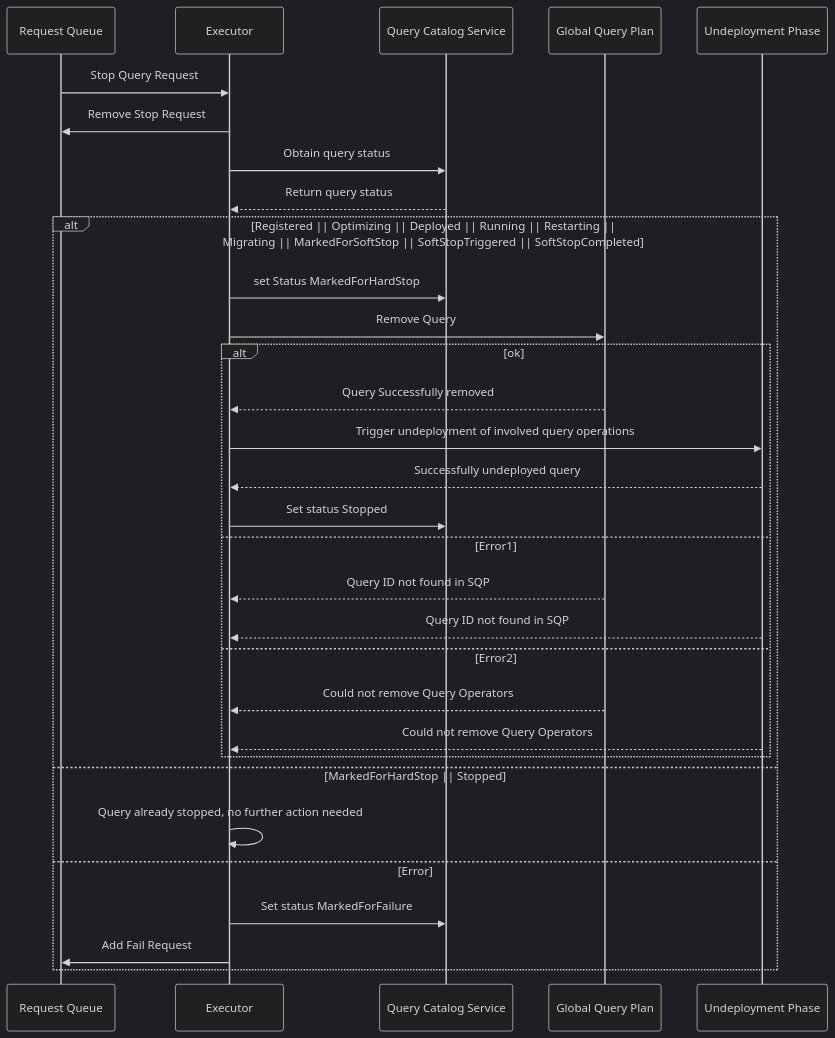
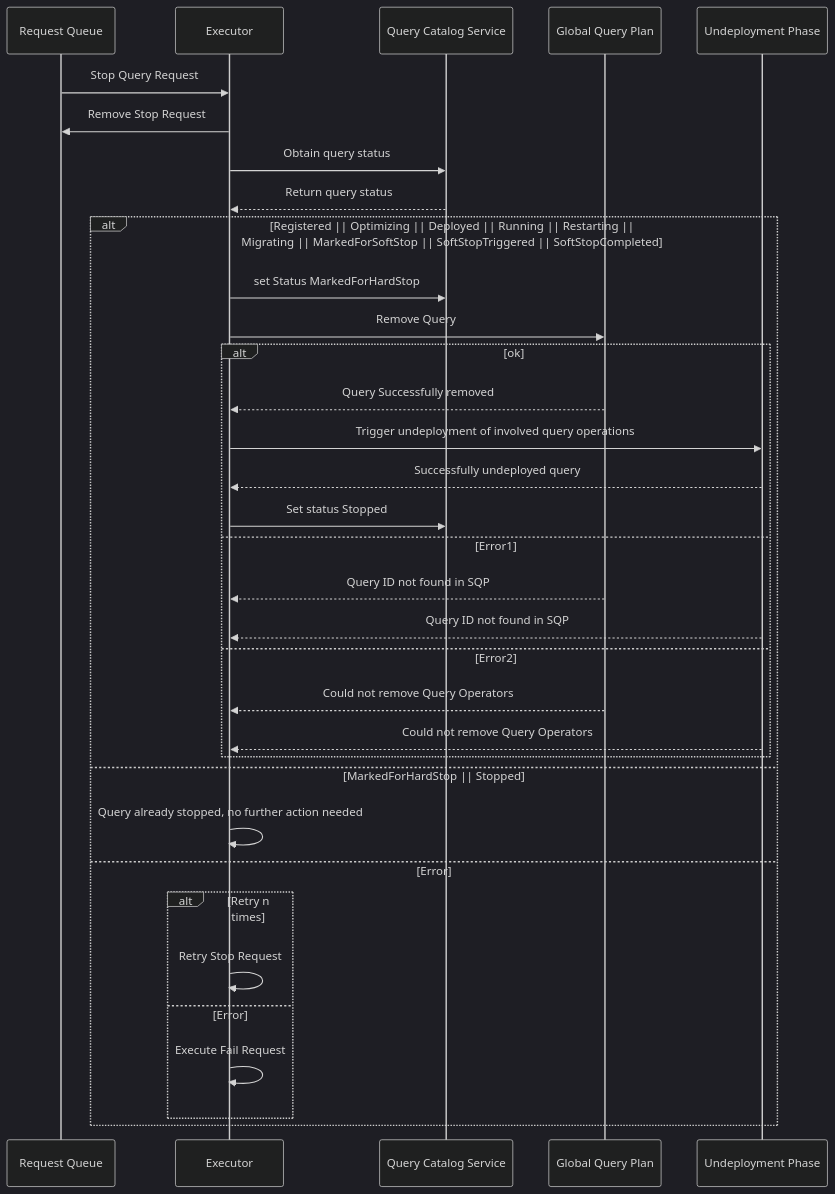
Before and after one commit to nebulastream/nebulastream: the first of 6 diagrams in nes-core/src/Services/GlobalQueryPlanRequests.md, drawn with Mermaid (dark theme). The commit also changed other lines of this file, not shown here.

Commit message:
updated Fail and Add request

````diff
--- a/nes-core/src/Services/GlobalQueryPlanRequests.md
+++ b/nes-core/src/Services/GlobalQueryPlanRequests.md
@@ -12,29 +12,32 @@
 ```mermaid
 sequenceDiagram
 
     Request Queue ->> Executor: Stop Query Request
     Executor ->> Request Queue: Remove Stop Request
     Executor ->> Query Catalog Service: Obtain query status
     Query Catalog Service -->> Executor: Return query status
     alt Registered || Optimizing || Deployed || Running || Restarting || <br> Migrating || MarkedForSoftStop || SoftStopTriggered || SoftStopCompleted
         Executor ->> Query Catalog Service: set Status MarkedForHardStop
         Executor ->> Global Query Plan: Remove Query
         alt ok
             Global Query Plan -->> Executor: Query Successfully removed
             Executor ->> Undeployment Phase: Trigger undeployment of involved query operations
             Undeployment Phase -->> Executor: Successfully undeployed query
             Executor ->> Query Catalog Service: Set status Stopped
-        else Error1 
+        else Error1
             Global Query Plan -->> Executor: Query ID not found in SQP
             Undeployment Phase -->> Executor: Query ID not found in SQP
-        else Error2 
+        else Error2
             Global Query Plan -->> Executor: Could not remove Query Operators
             Undeployment Phase -->> Executor: Could not remove Query Operators
         end
-    else MarkedForHardStop || Stopped 
+    else MarkedForHardStop || Stopped
         Executor ->> Executor: Query already stopped, no further action needed
     else Error
-        Executor ->> Query Catalog Service: Set status MarkedForFailure
-        Executor ->> Request Queue: Add Fail Request
+        alt Retry n times
+            Executor ->> Executor: Retry Stop Request
+        else Error
+            Executor ->> Executor: Execute Fail Request
+        end
     end
 ```
````
